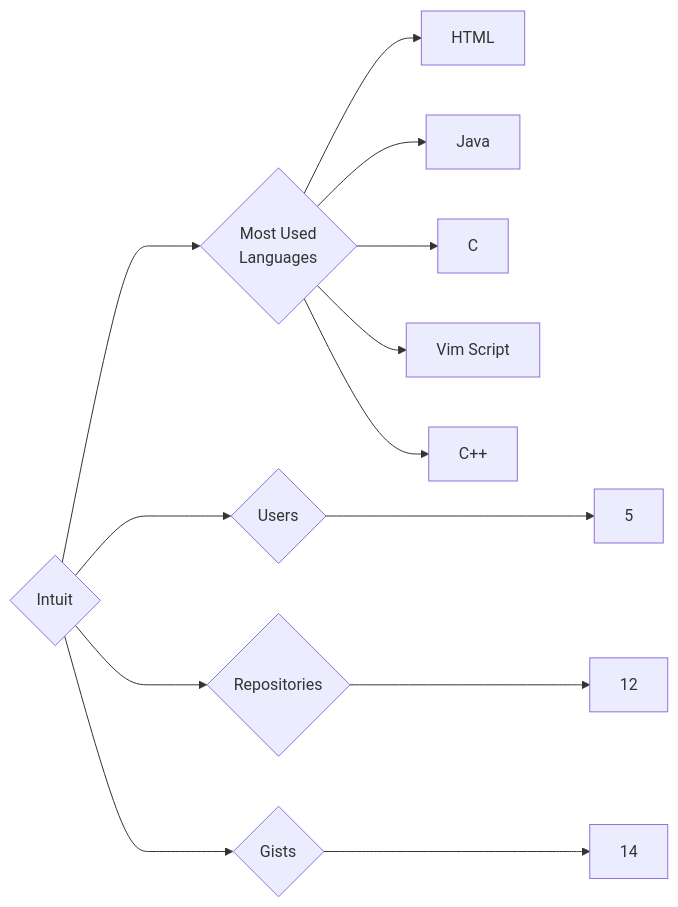
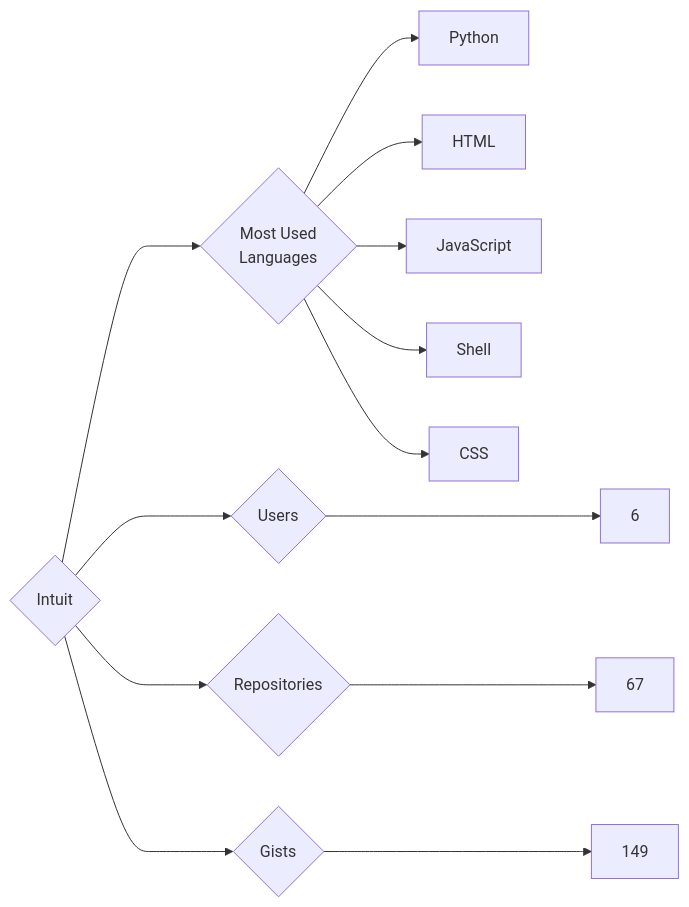
Before and after one commit to trickest/insiders: the diagram in targets/Intuit/README.md, drawn with Mermaid. The commit also changed 1149 other files, not shown here.

````diff
--- a/targets/Intuit/README.md
+++ b/targets/Intuit/README.md
@@ -3,13 +3,13 @@
 ```mermaid
 graph LR
 COMPANY_NAME{Intuit}
-COMPANY_NAME ---> U{Users} ---> UN[5]
-COMPANY_NAME ---> R{Repositories} ---> RN[12]
-COMPANY_NAME ---> G{Gists} ---> GN[14]
+COMPANY_NAME ---> U{Users} ---> UN[6]
+COMPANY_NAME ---> R{Repositories} ---> RN[67]
+COMPANY_NAME ---> G{Gists} ---> GN[149]
 COMPANY_NAME ---> ML{Most Used<br>Languages}
+ML --> Python[Python]
 ML --> HTML[HTML]
-ML --> Java[Java]
-ML --> C[C]
-ML --> Vim_Script[Vim Script]
-ML --> C++[C++]
+ML --> JavaScript[JavaScript]
+ML --> Shell[Shell]
+ML --> CSS[CSS]
 ```
````
